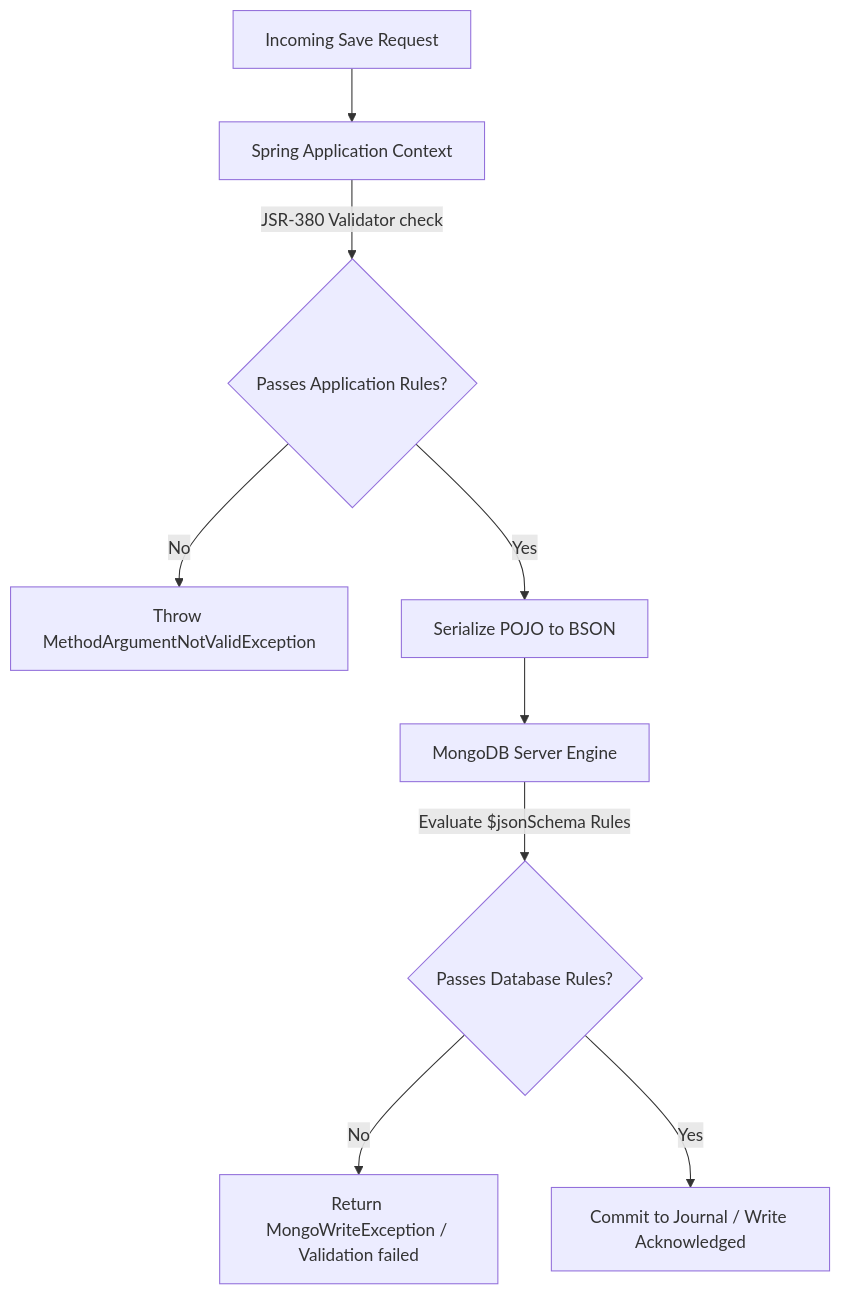
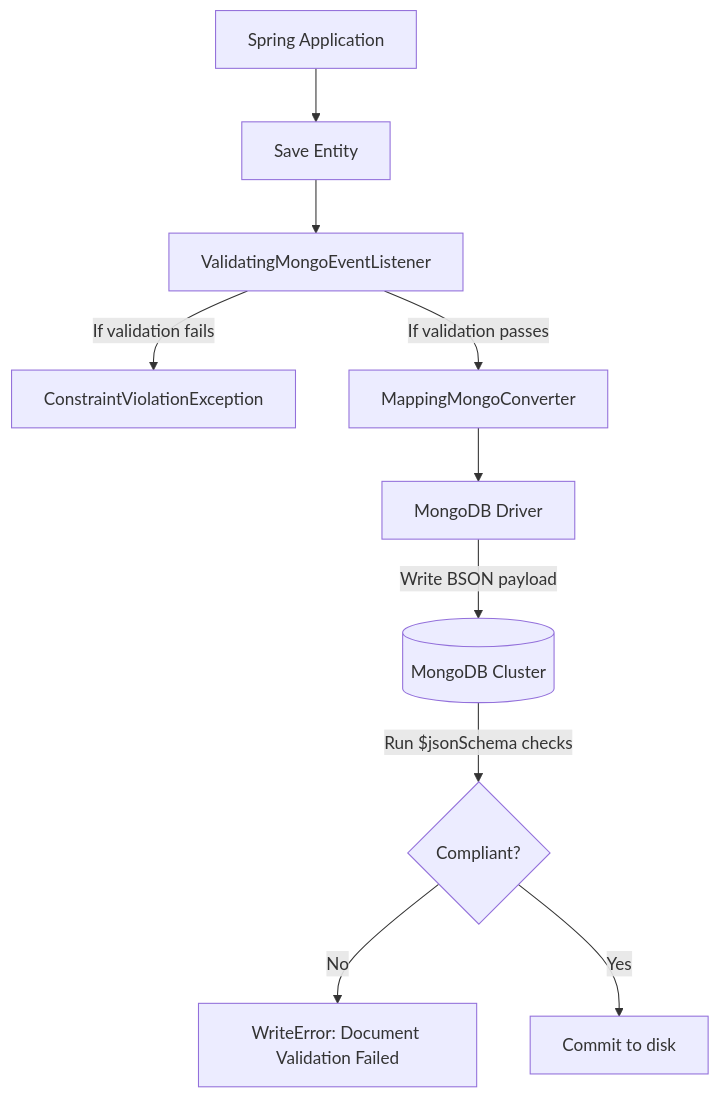
One commit to BaoTo12/learning-repo changed the diagram in courses/spring-mongodb-mastery/modules/09-validation-and-schema-control.md. Above: the diagram before and after it, drawn with Mermaid. The commit also changed other lines of this file and 598 other files, not shown here.

````diff
--- a/courses/spring-mongodb-mastery/modules/09-validation-and-schema-control.md
+++ b/courses/spring-mongodb-mastery/modules/09-validation-and-schema-control.md
@@ -219,11 +26,12 @@
 ```mermaid
 graph TD
-    A[Incoming Save Request] --> B[Spring Application Context]
-    B -->|JSR-380 Validator check| C{Passes Application Rules?}
-    C -->|No| D[Throw MethodArgumentNotValidException]
-    C -->|Yes| E[Serialize POJO to BSON]
-    E --> F[MongoDB Server Engine]
-    F -->|Evaluate $jsonSchema Rules| G{Passes Database Rules?}
-    G -->|No| H[Return MongoWriteException / Validation failed]
-    G -->|Yes| I[Commit to Journal / Write Acknowledged]
+    A[Spring Application] --> B[Save Entity]
+    B --> C[ValidatingMongoEventListener]
+    C -->|If validation fails| D[ConstraintViolationException]
+    C -->|If validation passes| E[MappingMongoConverter]
+    E --> F[MongoDB Driver]
+    F -->|Write BSON payload| G[(MongoDB Cluster)]
+    G -->|Run $jsonSchema checks| H{Compliant?}
+    H -->|No| I[WriteError: Document Validation Failed]
+    H -->|Yes| J[Commit to disk]
 ```
````
